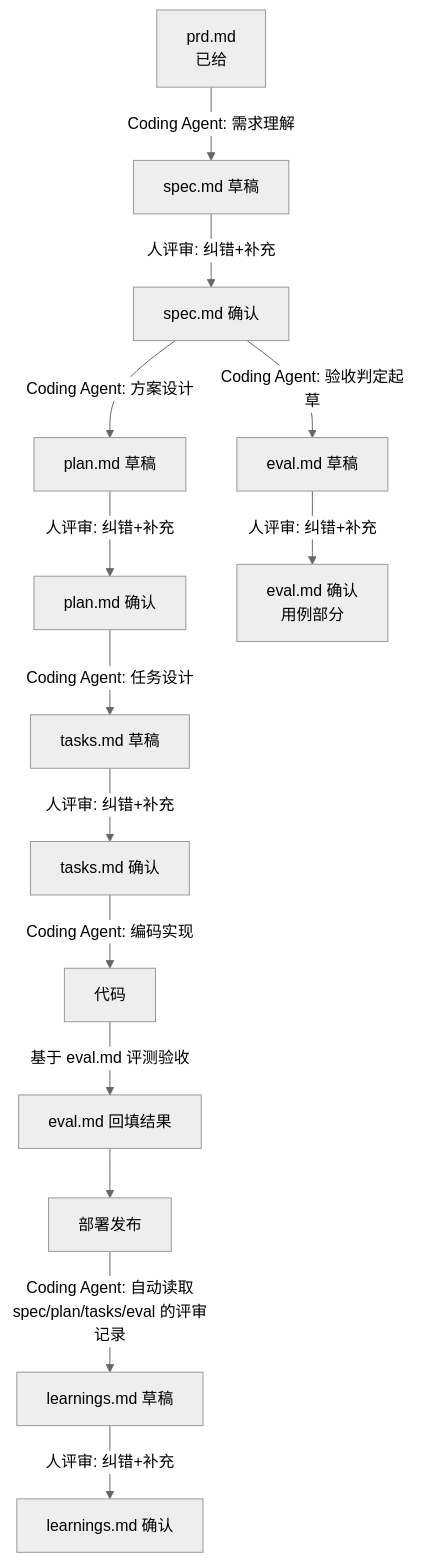
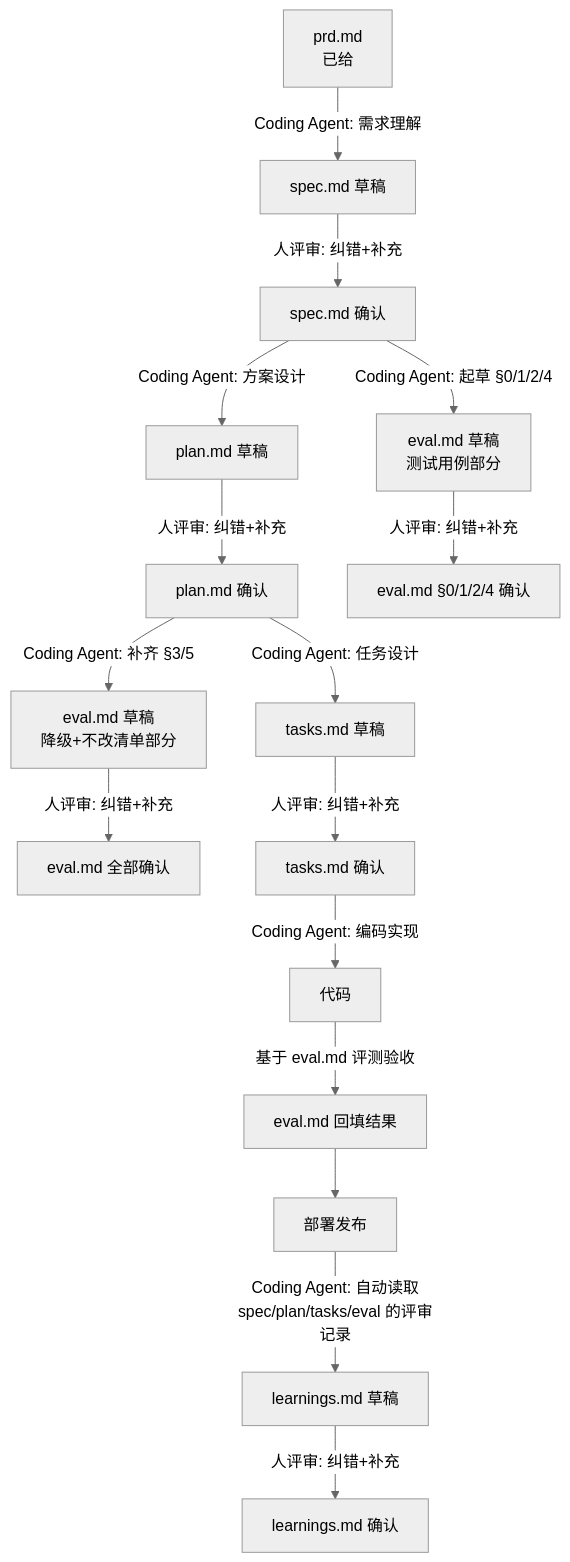
The diagram in README.md (xjtai/zszc_ai_coding), drawn with Mermaid (neutral theme) before and after one commit. The commit also changed other lines of this file and 2 other files, not shown here.

First line of the commit message:
Correct eval.md's dependency: partly spec.md, partly plan.md

````diff
--- a/README.md
+++ b/README.md
@@ -9,16 +9,18 @@
 ```mermaid
 flowchart TD
     P[prd.md<br/>已给] -->|Coding Agent: 需求理解| S1[spec.md 草稿]
     S1 -->|人评审: 纠错+补充| S2[spec.md 确认]
     S2 -->|Coding Agent: 方案设计| PL1[plan.md 草稿]
-    S2 -->|Coding Agent: 验收判定起草| EV1[eval.md 草稿]
+    S2 -->|Coding Agent: 起草 §0/1/2/4| EV1[eval.md 草稿<br/>测试用例部分]
     PL1 -->|人评审: 纠错+补充| PL2[plan.md 确认]
-    EV1 -->|人评审: 纠错+补充| EV2[eval.md 确认<br/>用例部分]
+    EV1 -->|人评审: 纠错+补充| EV2[eval.md §0/1/2/4 确认]
+    PL2 -->|Coding Agent: 补齐 §3/5| EV3[eval.md 草稿<br/>降级+不改清单部分]
     PL2 -->|Coding Agent: 任务设计| T1[tasks.md 草稿]
+    EV3 -->|人评审: 纠错+补充| EV4[eval.md 全部确认]
     T1 -->|人评审: 纠错+补充| T2[tasks.md 确认]
     T2 -->|Coding Agent: 编码实现| CODE[代码]
     CODE -->|基于 eval.md 评测验收| EVAL[eval.md 回填结果]
     EVAL --> DEPLOY[部署发布]
     DEPLOY -->|Coding Agent: 自动读取<br/>spec/plan/tasks/eval 的评审记录| L1[learnings.md 草稿]
     L1 -->|人评审: 纠错+补充| L2[learnings.md 确认]
 ```
````
